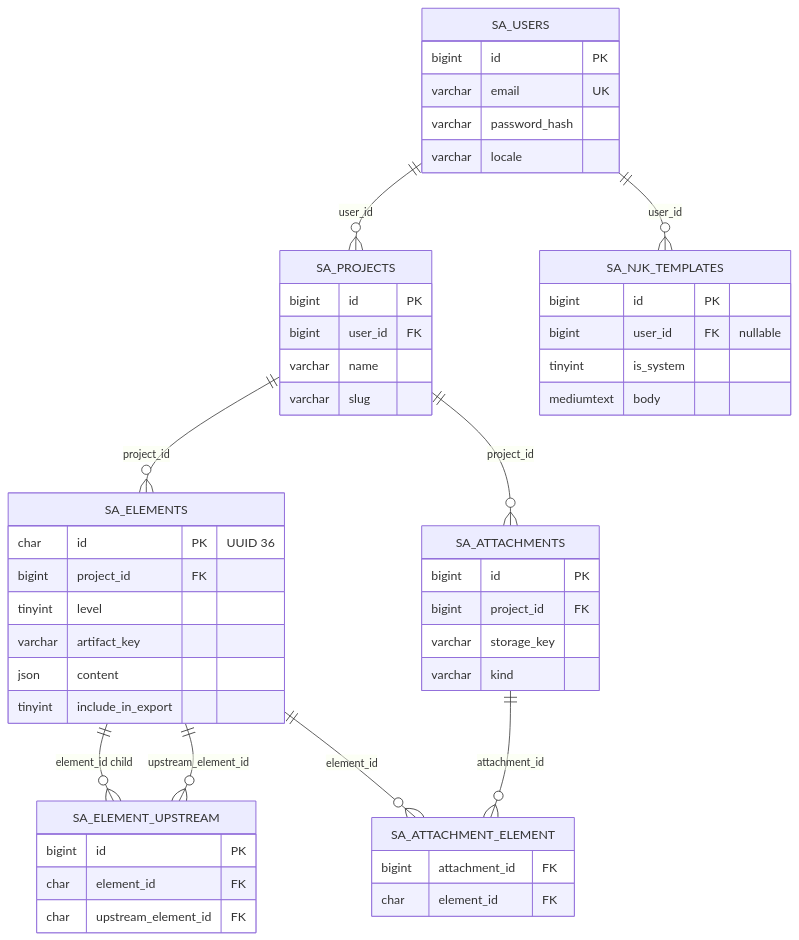
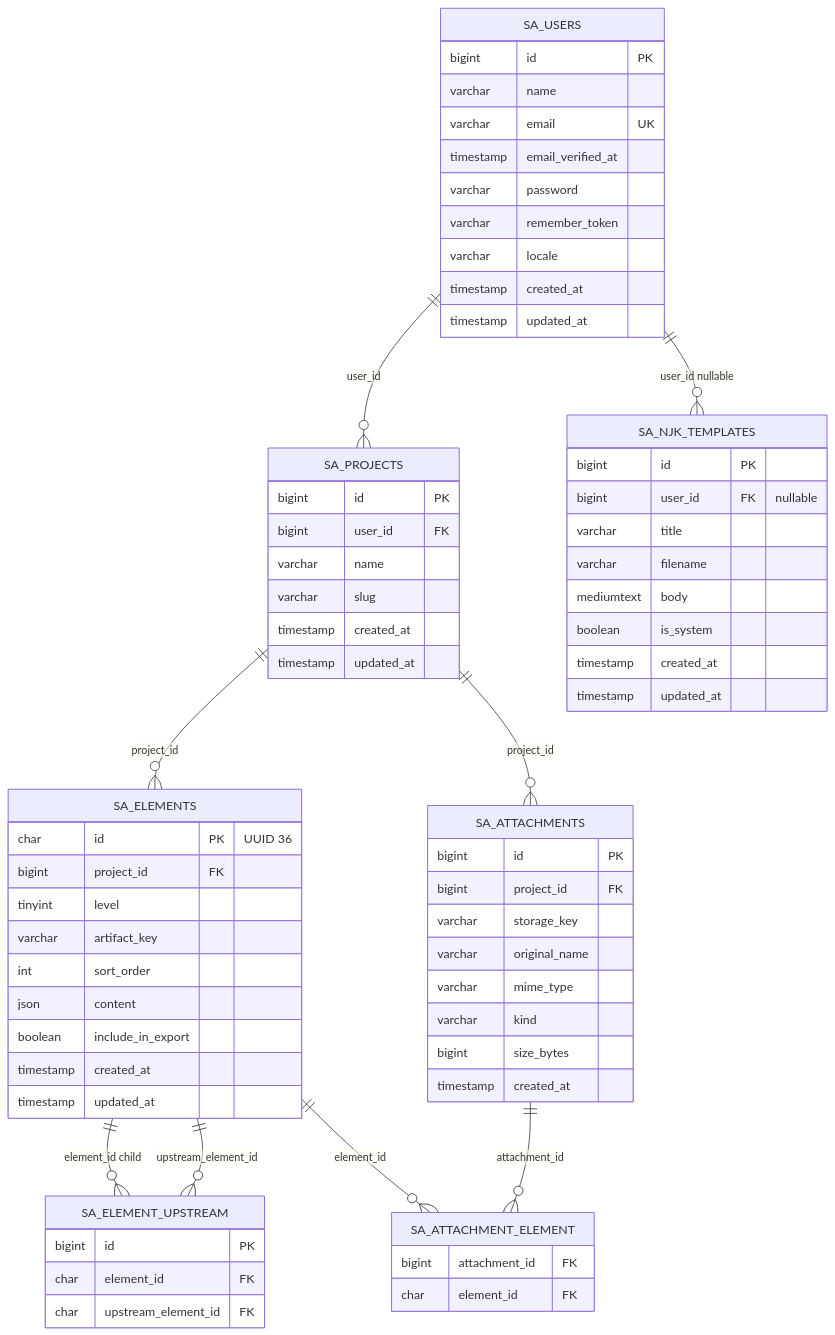
One commit to odrowonz/sa-map changed the diagram in docs/TZ_платформа_карты_системного_аналитика.md. Above: the diagram before and after it, drawn with Mermaid. The commit also changed other lines of this file, not shown here.

````diff
--- a/docs/TZ_платформа_карты_системного_аналитика.md
+++ b/docs/TZ_платформа_карты_системного_аналитика.md
@@ -315,59 +456,77 @@
 ```mermaid
 erDiagram
   SA_USERS ||--o{ SA_PROJECTS : "user_id"
-  SA_USERS ||--o{ SA_NJK_TEMPLATES : "user_id"
+  SA_USERS ||--o{ SA_NJK_TEMPLATES : "user_id nullable"
   SA_PROJECTS ||--o{ SA_ELEMENTS : "project_id"
   SA_PROJECTS ||--o{ SA_ATTACHMENTS : "project_id"
   SA_ELEMENTS ||--o{ SA_ELEMENT_UPSTREAM : "element_id child"
   SA_ELEMENTS ||--o{ SA_ELEMENT_UPSTREAM : "upstream_element_id"
   SA_ELEMENTS ||--o{ SA_ATTACHMENT_ELEMENT : "element_id"
   SA_ATTACHMENTS ||--o{ SA_ATTACHMENT_ELEMENT : "attachment_id"
 
   SA_USERS {
     bigint id PK
+    varchar name
     varchar email UK
-    varchar password_hash
+    timestamp email_verified_at
+    varchar password
+    varchar remember_token
     varchar locale
+    timestamp created_at
+    timestamp updated_at
   }
 
   SA_PROJECTS {
     bigint id PK
     bigint user_id FK
     varchar name
     varchar slug
+    timestamp created_at
+    timestamp updated_at
   }
 
   SA_ELEMENTS {
     char id PK "UUID 36"
     bigint project_id FK
     tinyint level
     varchar artifact_key
+    int sort_order
     json content
-    tinyint include_in_export
+    boolean include_in_export
+    timestamp created_at
+    timestamp updated_at
   }
 
   SA_ELEMENT_UPSTREAM {
     bigint id PK
     char element_id FK
     char upstream_element_id FK
   }
 
   SA_ATTACHMENTS {
     bigint id PK
     bigint project_id FK
     varchar storage_key
+    varchar original_name
+    varchar mime_type
     varchar kind
+    bigint size_bytes
+    timestamp created_at
   }
 
   SA_ATTACHMENT_ELEMENT {
     bigint attachment_id FK
     char element_id FK
   }
 
   SA_NJK_TEMPLATES {
     bigint id PK
     bigint user_id FK "nullable"
-    tinyint is_system
+    varchar title
+    varchar filename
     mediumtext body
+    boolean is_system
+    timestamp created_at
+    timestamp updated_at
   }
 ```
````
